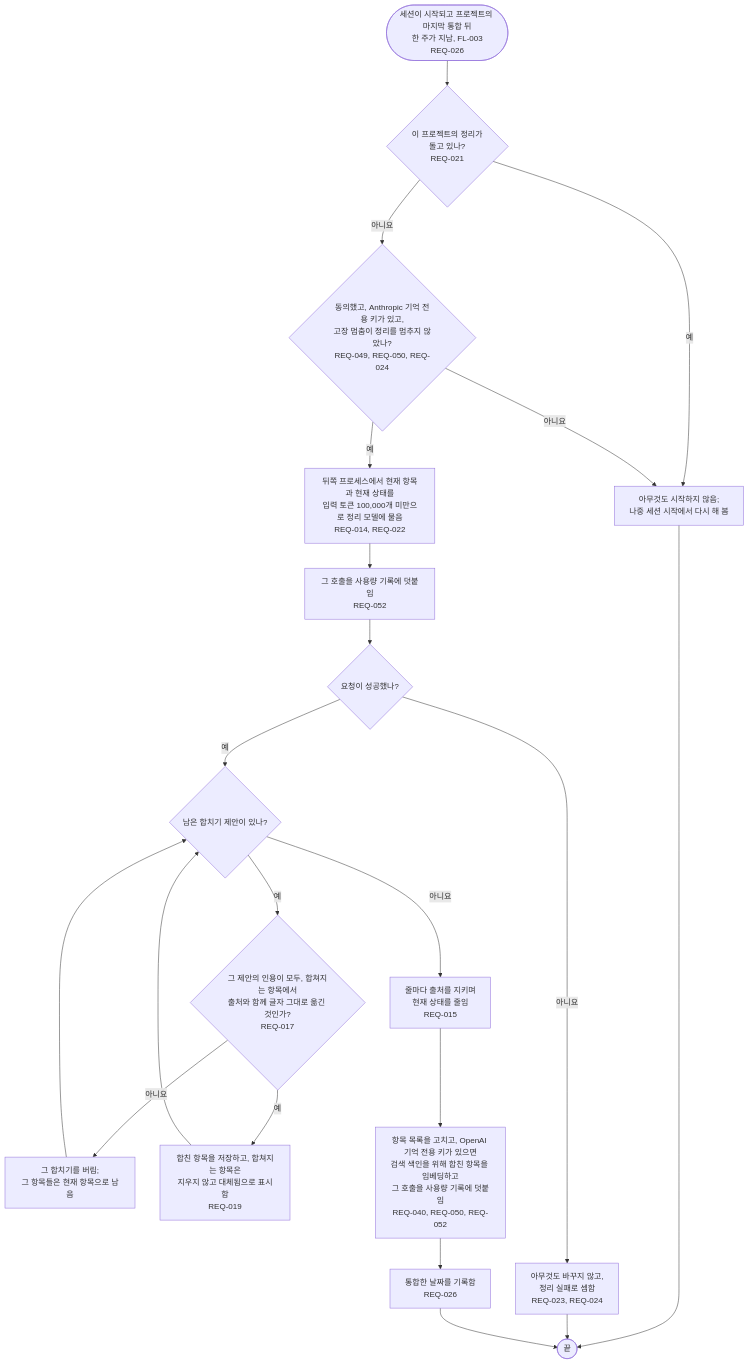
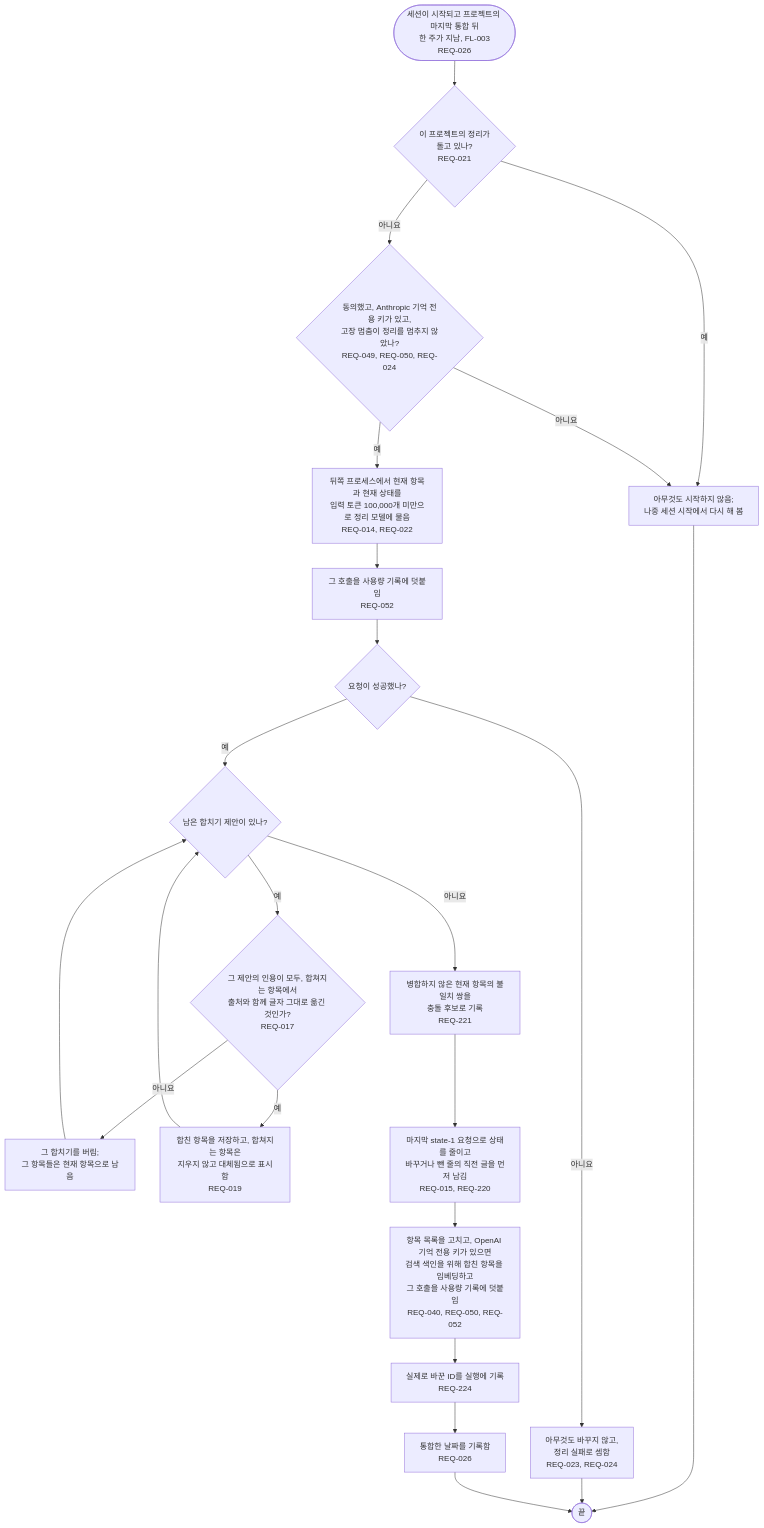
One commit to kodonghui/corthex changed the diagram in docs/03-user-flow/memory/FL-006-consolidate-a-project.ko.md. Above: the diagram before and after it, drawn with Mermaid. The commit also changed other lines of this file and 41 other files, not shown here.

````diff
--- a/docs/03-user-flow/memory/FL-006-consolidate-a-project.ko.md
+++ b/docs/03-user-flow/memory/FL-006-consolidate-a-project.ko.md
@@ -9,23 +9,25 @@
 ```mermaid
 flowchart TD
   A(["세션이 시작되고 프로젝트의 마지막 통합 뒤<br/>한 주가 지남, FL-003<br/>REQ-026"]) --> B{"이 프로젝트의 정리가<br/>돌고 있나?<br/>REQ-021"}
   B -->|예| B1["아무것도 시작하지 않음;<br/>나중 세션 시작에서 다시 해 봄"]
   B1 --> Z(["끝"])
   B -->|아니요| C{"동의했고, Anthropic 기억 전용 키가 있고,<br/>고장 멈춤이 정리를 멈추지 않았나?<br/>REQ-049, REQ-050, REQ-024"}
   C -->|아니요| B1
   C -->|예| D["뒤쪽 프로세스에서 현재 항목과 현재 상태를<br/>입력 토큰 100,000개 미만으로 정리 모델에 물음<br/>REQ-014, REQ-022"]
   D --> E["그 호출을 사용량 기록에 덧붙임<br/>REQ-052"]
   E --> F{"요청이 성공했나?"}
   F -->|아니요| F1["아무것도 바꾸지 않고,<br/>정리 실패로 셈함<br/>REQ-023, REQ-024"]
   F1 --> Z
   F -->|예| M{"남은 합치기 제안이 있나?"}
   M -->|예| G{"그 제안의 인용이 모두, 합쳐지는 항목에서<br/>출처와 함께 글자 그대로 옮긴 것인가?<br/>REQ-017"}
   G -->|아니요| G1["그 합치기를 버림;<br/>그 항목들은 현재 항목으로 남음"]
   G1 --> M
   G -->|예| G2["합친 항목을 저장하고, 합쳐지는 항목은<br/>지우지 않고 대체됨으로 표시함<br/>REQ-019"]
   G2 --> M
-  M -->|아니요| H["줄마다 출처를 지키며<br/>현재 상태를 줄임<br/>REQ-015"]
+  M -->|아니요| CF["병합하지 않은 현재 항목의 불일치 쌍을<br/>충돌 후보로 기록<br/>REQ-221"]
+  CF --> H["마지막 state-1 요청으로 상태를 줄이고<br/>바꾸거나 뺀 줄의 직전 글을 먼저 남김<br/>REQ-015, REQ-220"]
   H --> I["항목 목록을 고치고, OpenAI 기억 전용 키가 있으면<br/>검색 색인을 위해 합친 항목을 임베딩하고<br/>그 호출을 사용량 기록에 덧붙임<br/>REQ-040, REQ-050, REQ-052"]
-  I --> K["통합한 날짜를 기록함<br/>REQ-026"]
+  I --> RL["실제로 바꾼 ID를 실행에 기록<br/>REQ-224"]
+  RL --> K["통합한 날짜를 기록함<br/>REQ-026"]
   K --> Z
 ```
````
